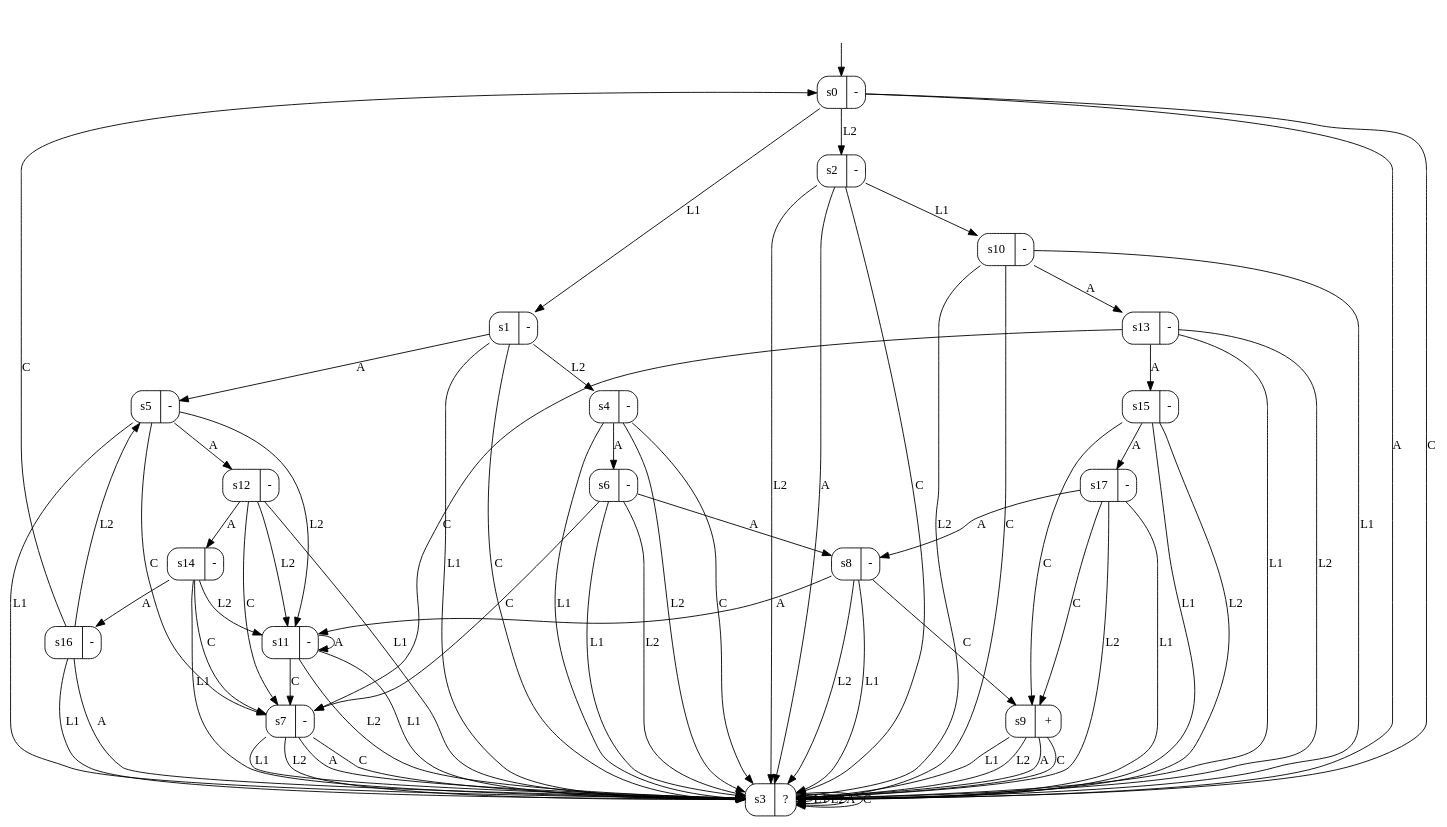
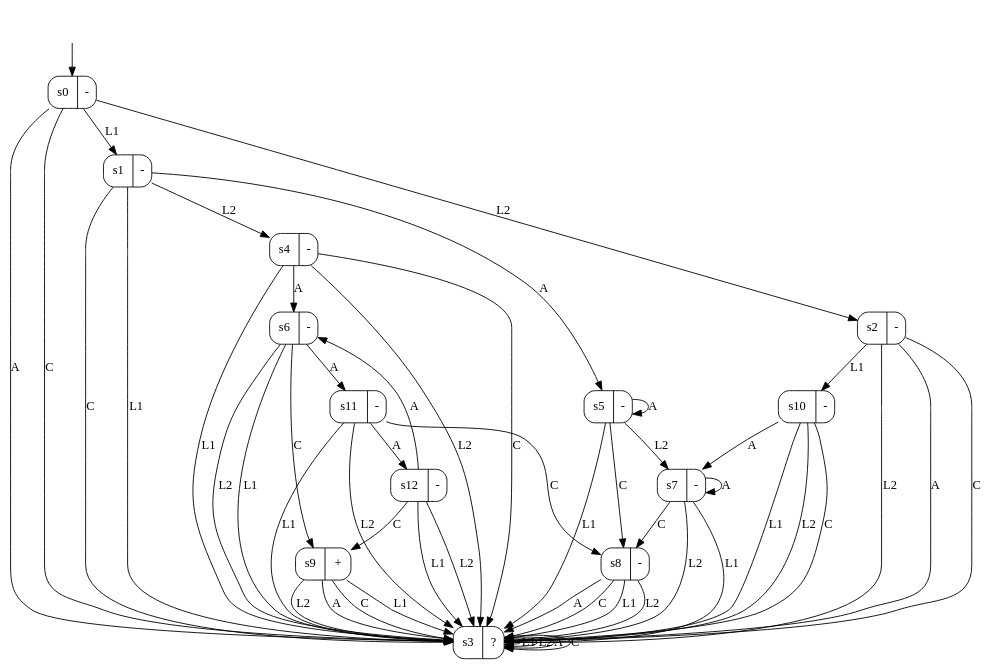
One commit to tomyaacov/lstar_dont_care changed the diagram in output/magento_dfa3_0.4.dot. Above: the diagram before and after it, drawn with Graphviz. The commit also changed 22 other files, not shown here.

```diff
--- a/output/magento_dfa3_0.4.dot
+++ b/output/magento_dfa3_0.4.dot
@@ -1,94 +1,69 @@
 digraph "output/magento_dfa3_0.4" {
 s0 [label="s0|-", shape=record, style=rounded];
 s1 [label="s1|-", shape=record, style=rounded];
 s2 [label="s2|-", shape=record, style=rounded];
 s3 [label="s3|?", shape=record, style=rounded];
 s4 [label="s4|-", shape=record, style=rounded];
 s5 [label="s5|-", shape=record, style=rounded];
 s6 [label="s6|-", shape=record, style=rounded];
 s7 [label="s7|-", shape=record, style=rounded];
 s8 [label="s8|-", shape=record, style=rounded];
 s9 [label="s9|+", shape=record, style=rounded];
 s10 [label="s10|-", shape=record, style=rounded];
 s11 [label="s11|-", shape=record, style=rounded];
 s12 [label="s12|-", shape=record, style=rounded];
-s13 [label="s13|-", shape=record, style=rounded];
-s14 [label="s14|-", shape=record, style=rounded];
-s15 [label="s15|-", shape=record, style=rounded];
-s16 [label="s16|-", shape=record, style=rounded];
-s17 [label="s17|-", shape=record, style=rounded];
 s0 -> s1  [label=L1];
 s0 -> s2  [label=L2];
 s0 -> s3  [label=A];
 s0 -> s3  [label=C];
 s1 -> s3  [label=L1];
 s1 -> s4  [label=L2];
 s1 -> s5  [label=A];
 s1 -> s3  [label=C];
 s2 -> s10  [label=L1];
 s2 -> s3  [label=L2];
 s2 -> s3  [label=A];
 s2 -> s3  [label=C];
 s3 -> s3  [label=L1];
 s3 -> s3  [label=L2];
 s3 -> s3  [label=A];
 s3 -> s3  [label=C];
 s4 -> s3  [label=L1];
 s4 -> s3  [label=L2];
 s4 -> s6  [label=A];
 s4 -> s3  [label=C];
 s5 -> s3  [label=L1];
-s5 -> s11  [label=L2];
-s5 -> s12  [label=A];
-s5 -> s7  [label=C];
+s5 -> s7  [label=L2];
+s5 -> s5  [label=A];
+s5 -> s8  [label=C];
 s6 -> s3  [label=L1];
 s6 -> s3  [label=L2];
-s6 -> s8  [label=A];
-s6 -> s7  [label=C];
+s6 -> s11  [label=A];
+s6 -> s9  [label=C];
 s7 -> s3  [label=L1];
 s7 -> s3  [label=L2];
-s7 -> s3  [label=A];
-s7 -> s3  [label=C];
+s7 -> s7  [label=A];
+s7 -> s8  [label=C];
 s8 -> s3  [label=L1];
 s8 -> s3  [label=L2];
-s8 -> s11  [label=A];
-s8 -> s9  [label=C];
+s8 -> s3  [label=A];
+s8 -> s3  [label=C];
 s9 -> s3  [label=L1];
 s9 -> s3  [label=L2];
 s9 -> s3  [label=A];
 s9 -> s3  [label=C];
 s10 -> s3  [label=L1];
 s10 -> s3  [label=L2];
-s10 -> s13  [label=A];
+s10 -> s7  [label=A];
 s10 -> s3  [label=C];
 s11 -> s3  [label=L1];
 s11 -> s3  [label=L2];
-s11 -> s11  [label=A];
-s11 -> s7  [label=C];
+s11 -> s12  [label=A];
+s11 -> s8  [label=C];
 s12 -> s3  [label=L1];
-s12 -> s11  [label=L2];
-s12 -> s14  [label=A];
-s12 -> s7  [label=C];
-s13 -> s3  [label=L1];
-s13 -> s3  [label=L2];
-s13 -> s15  [label=A];
-s13 -> s7  [label=C];
-s14 -> s3  [label=L1];
-s14 -> s11  [label=L2];
-s14 -> s16  [label=A];
-s14 -> s7  [label=C];
-s15 -> s3  [label=L1];
-s15 -> s3  [label=L2];
-s15 -> s17  [label=A];
-s15 -> s9  [label=C];
-s16 -> s3  [label=L1];
-s16 -> s5  [label=L2];
-s16 -> s3  [label=A];
-s16 -> s0  [label=C];
-s17 -> s3  [label=L1];
-s17 -> s3  [label=L2];
-s17 -> s8  [label=A];
-s17 -> s9  [label=C];
+s12 -> s3  [label=L2];
+s12 -> s6  [label=A];
+s12 -> s9  [label=C];
 __start0 [label="", shape=none];
 __start0 -> s0  [label=""];
 }
```
